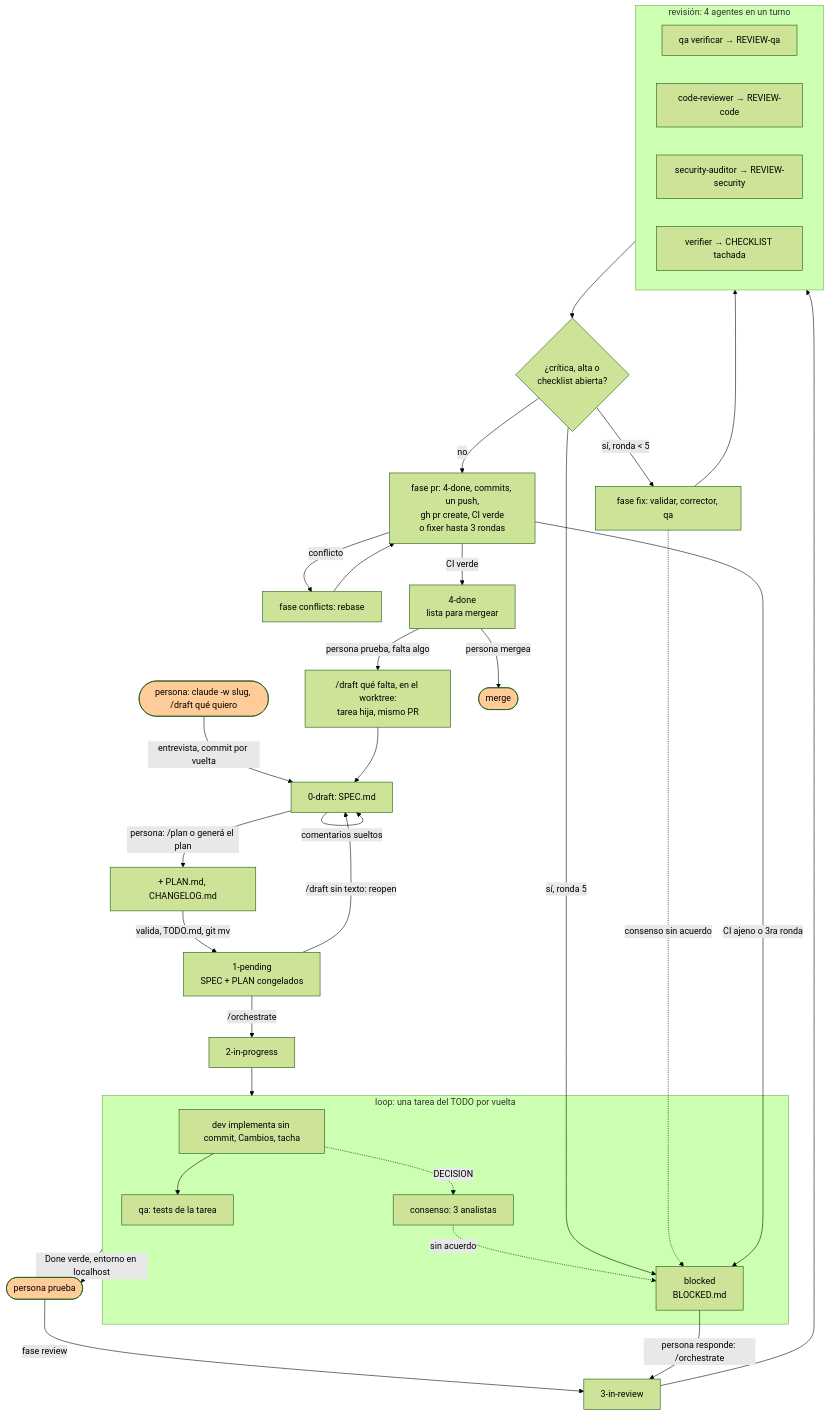
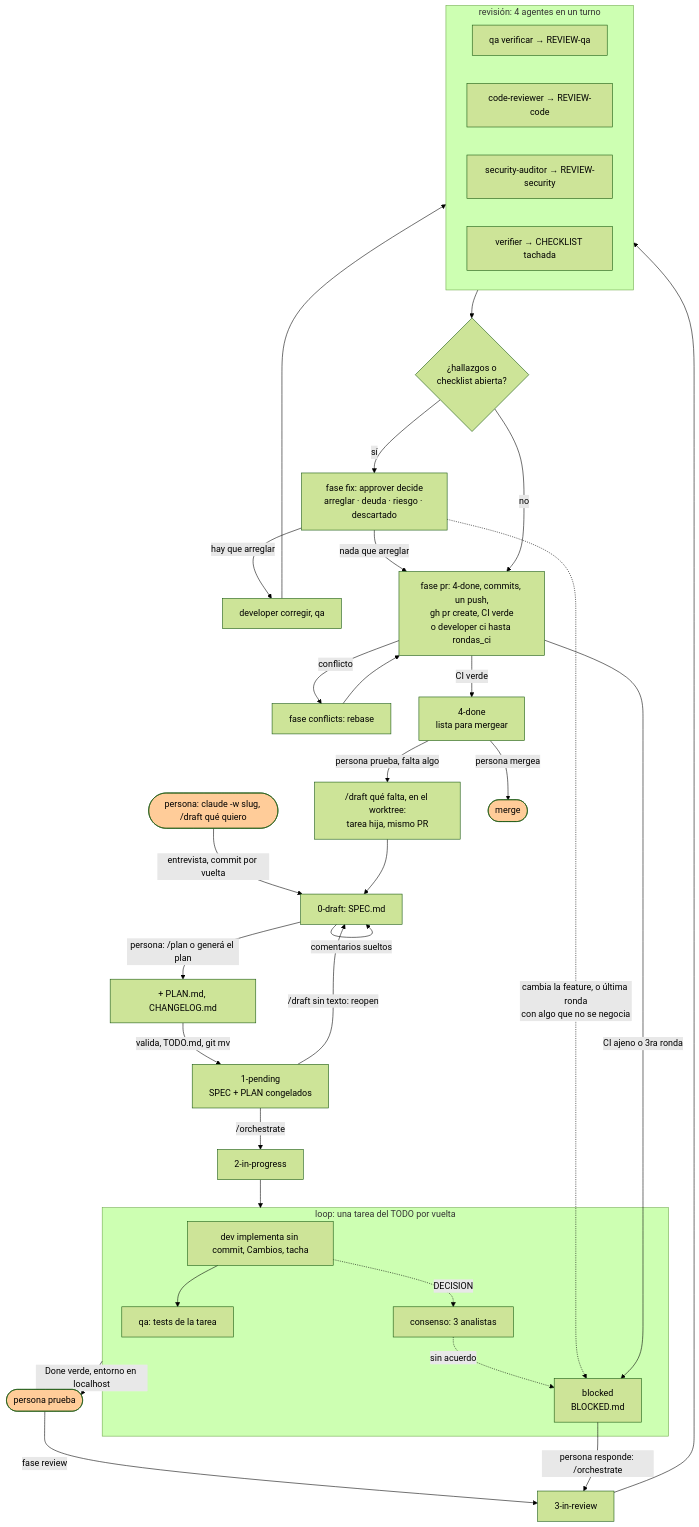
The second of 3 diagrams in skills/workflow/SKILL.md (octavio-parozlabs/mindstack), drawn with Mermaid (forest theme) before and after one commit. The commit also changed other lines of this file and 52 other files, not shown here.

````diff
--- a/skills/workflow/SKILL.md
+++ b/skills/workflow/SKILL.md
@@ -89,37 +89,38 @@
 ```mermaid
 flowchart TD
     U0([persona: claude -w slug, /draft qué quiero]) -->|entrevista, commit por vuelta| S0["0-draft: SPEC.md"]
     S0 -->|comentarios sueltos| S0
     S0 -->|persona: /plan o generá el plan| P0["+ PLAN.md, CHANGELOG.md"]
     P0 -->|valida, TODO.md, git mv| S1["1-pending<br/>SPEC + PLAN congelados"]
     S1 -->|/draft sin texto: reopen| S0
     S1 -->|/orchestrate| S2["2-in-progress"]
     subgraph IMPL["loop: una tarea del TODO por vuelta"]
         D[dev implementa sin commit, Cambios, tacha] --> Q[qa: tests de la tarea]
         D -. DECISION .-> C[consenso: 3 analistas]
         C -. sin acuerdo .-> BL
     end
     S2 --> IMPL
     IMPL -->|Done verde, entorno en localhost| PRUEBA([persona prueba])
     PRUEBA -->|fase review| S3["3-in-review"]
     subgraph REV["revisión: 4 agentes en un turno"]
         R1[qa verificar → REVIEW-qa]
         R2[code-reviewer → REVIEW-code]
         R3[security-auditor → REVIEW-security]
         R4[verifier → CHECKLIST tachada]
     end
-    S3 --> REV --> H{¿crítica, alta o\nchecklist abierta?}
-    H -->|sí, ronda < 5| CO[fase fix: validar, corrector, qa] --> REV
-    H -->|sí, ronda 5| BL["blocked<br/>BLOCKED.md"]
-    CO -.->|consenso sin acuerdo| BL
-    H -->|no| PR[fase pr: 4-done, commits, un push,\ngh pr create, CI verde\no fixer hasta 3 rondas]
+    S3 --> REV --> H{¿hallazgos o\nchecklist abierta?}
+    H -->|sí| AP["fase fix: approver decide<br/>arreglar · deuda · riesgo · descartado"]
+    AP -->|hay que arreglar| CO[developer corregir, qa] --> REV
+    AP -->|nada que arreglar| PR
+    AP -.->|"cambia la feature, o última ronda<br/>con algo que no se negocia"| BL["blocked<br/>BLOCKED.md"]
+    H -->|no| PR[fase pr: 4-done, commits, un push,\ngh pr create, CI verde\no developer ci hasta rondas_ci]
     PR -->|conflicto| CF[fase conflicts: rebase] --> PR
     PR -->|CI ajeno o 3ra ronda| BL
     PR -->|CI verde| S4["4-done<br/>lista para mergear"]
     BL -->|persona responde: /orchestrate| S3
     S4 -->|persona prueba, falta algo| IT["/draft qué falta, en el worktree:
 tarea hija, mismo PR"] --> S0
     S4 -->|persona mergea| M([merge])
     classDef persona fill:#fc9,color:#000
     class U0,PRUEBA,M persona
 ```
````
